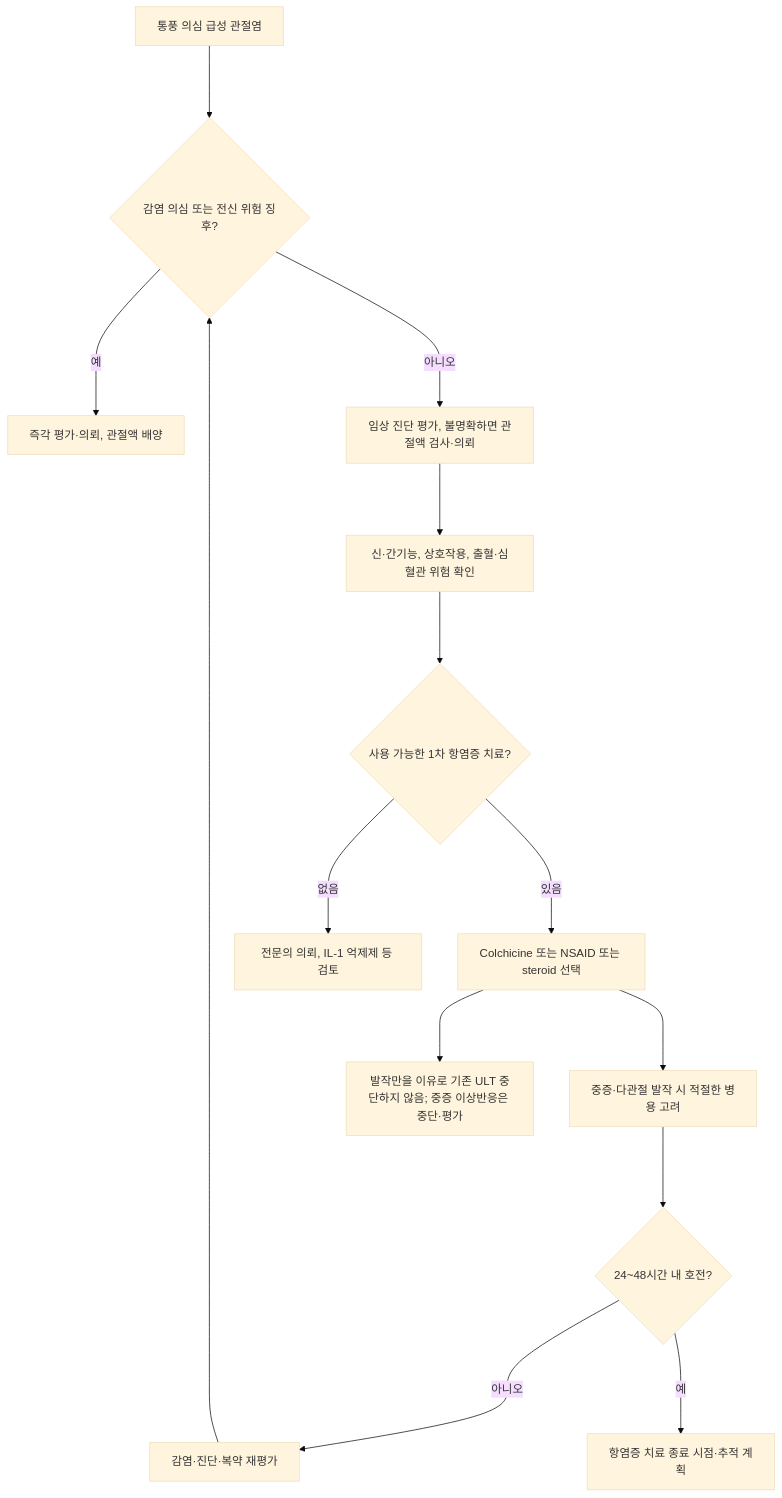
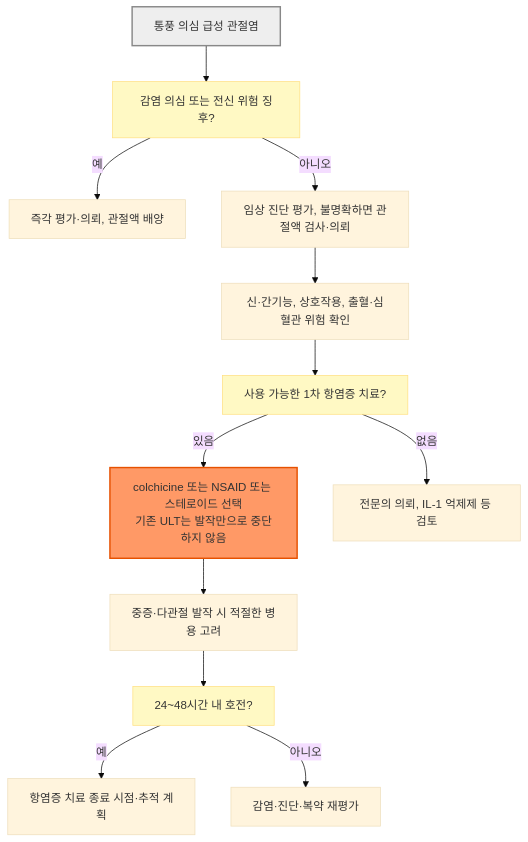
Before and after one commit to familyoh77/familyoh77: the first of 2 diagrams in 228_/152_-gout.md, drawn with Mermaid (base theme). The commit also changed other lines of this file and 10 other files, not shown here.

````diff
--- a/228_/152_-gout.md
+++ b/228_/152_-gout.md
@@ -130,16 +130,19 @@
 ```mermaid
-graph TD
-    A["통풍 의심 급성 관절염"] ---> B{"감염 의심 또는 전신 위험 징후?"}
-    B --->|예| C["즉각 평가·의뢰, 관절액 배양"]
-    B --->|아니오| D0["임상 진단 평가, 불명확하면 관절액 검사·의뢰"]
-    D0 ---> D["신·간기능, 상호작용, 출혈·심혈관 위험 확인"]
-    D ---> E{"사용 가능한 1차 항염증 치료?"}
-    E --->|있음| F["Colchicine 또는 NSAID 또는 steroid 선택"]
-    E --->|없음| G["전문의 의뢰, IL-1 억제제 등 검토"]
-    F ---> H["중증·다관절 발작 시 적절한 병용 고려"]
-    H ---> I{"24~48시간 내 호전?"}
-    I --->|아니오| J["감염·진단·복약 재평가"]
-    J ---> B
-    I --->|예| K["항염증 치료 종료 시점·추적 계획"]
-    F ---> L["발작만을 이유로 기존 ULT 중단하지 않음; 중증 이상반응은 중단·평가"]
+flowchart TD
+    A["통풍 의심 급성 관절염"] --> B["감염 의심 또는 전신 위험 징후?"]
+    B -- "예" --> C["즉각 평가·의뢰, 관절액 배양"]
+    B -- "아니오" --> D0["임상 진단 평가, 불명확하면 관절액 검사·의뢰"]
+    D0 --> D["신·간기능, 상호작용, 출혈·심혈관 위험 확인"]
+    D --> E["사용 가능한 1차 항염증 치료?"]
+    E -- "있음" --> F["colchicine 또는 NSAID 또는 스테로이드 선택<br>기존 ULT는 발작만으로 중단하지 않음"]
+    E -- "없음" --> G["전문의 의뢰, IL-1 억제제 등 검토"]
+    F --> H["중증·다관절 발작 시 적절한 병용 고려"]
+    H --> I["24~48시간 내 호전?"]
+    I -- "예" --> K["항염증 치료 종료 시점·추적 계획"]
+    I -- "아니오" --> J["감염·진단·복약 재평가"]
+
+    classDef question fill:#fff9c4,stroke:#ffe082
+    class B,E,I question
+    style A fill:#eeeeee,stroke:#888888,stroke-width:2px
+    style F fill:#f96,stroke:#e65100,stroke-width:2px
 ```
````
